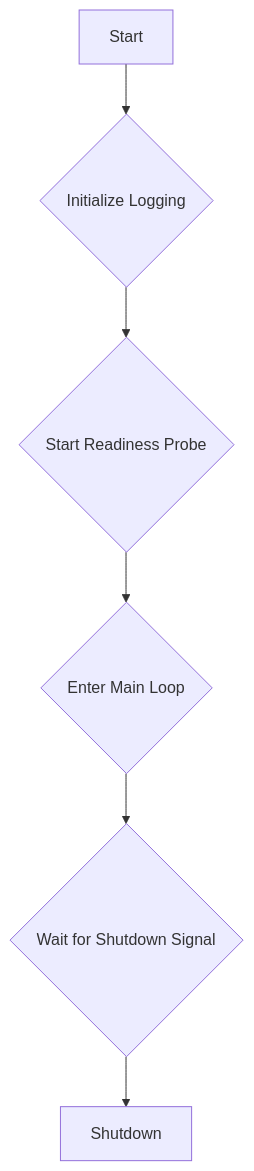
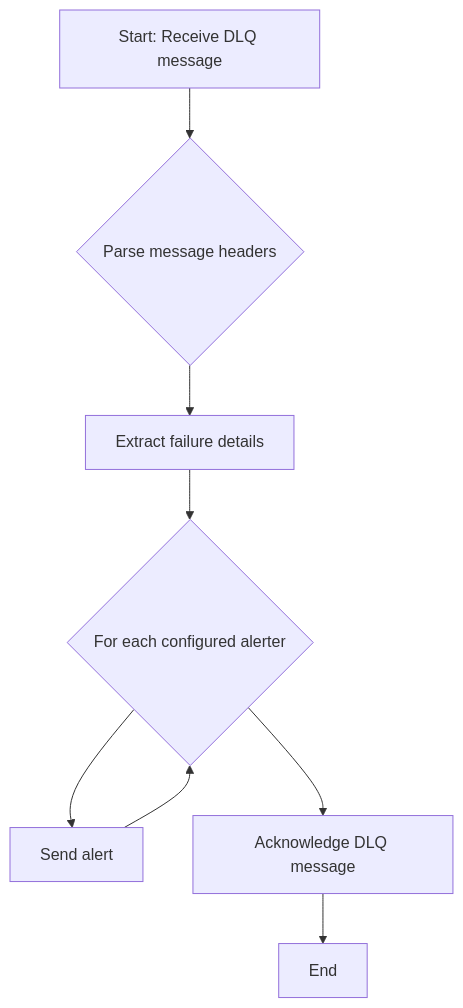
Before and after one commit to gsantopaolo/sentinel-AI: the second of 2 diagrams in docs/guardian.md, drawn with Mermaid. The commit also changed other lines of this file and 8 other files, not shown here.

````diff
--- a/docs/guardian.md
+++ b/docs/guardian.md
@@ -48,8 +62,10 @@
 ```mermaid
 flowchart TD
-    A["Start"] --> B{"Initialize Logging"};
-    B --> C{"Start Readiness Probe"};
-    C --> D{"Enter Main Loop"};
-    D --> E{"Wait for Shutdown Signal"};
-    E --> F["Shutdown"];
+    A["Start: Receive DLQ message"] --> B{"Parse message headers"}
+    B --> C["Extract failure details"]
+    C --> D{"For each configured alerter"}
+    D --> E["Send alert"]
+    E --> D
+    D --> F["Acknowledge DLQ message"]
+    F --> G["End"]
 ```
````
